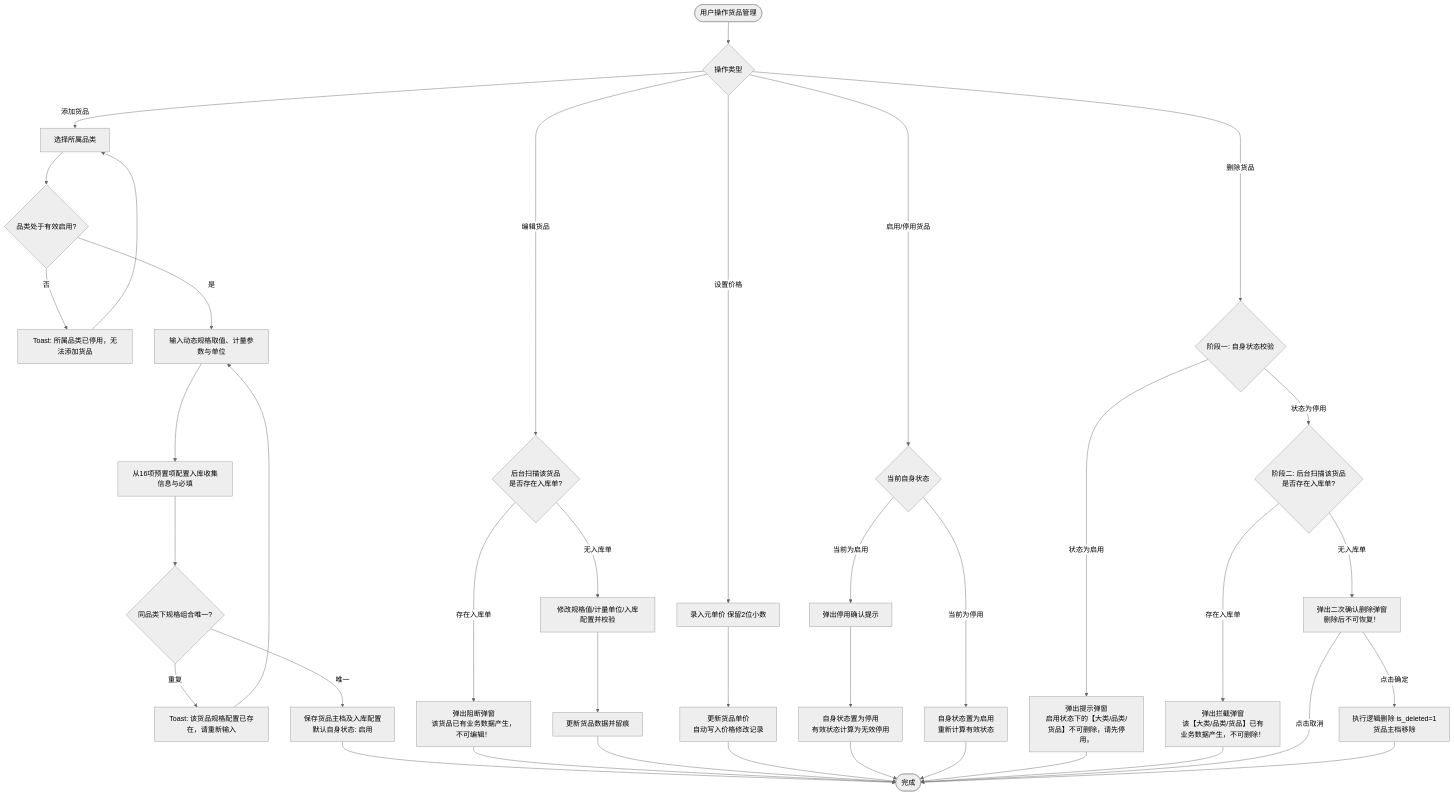
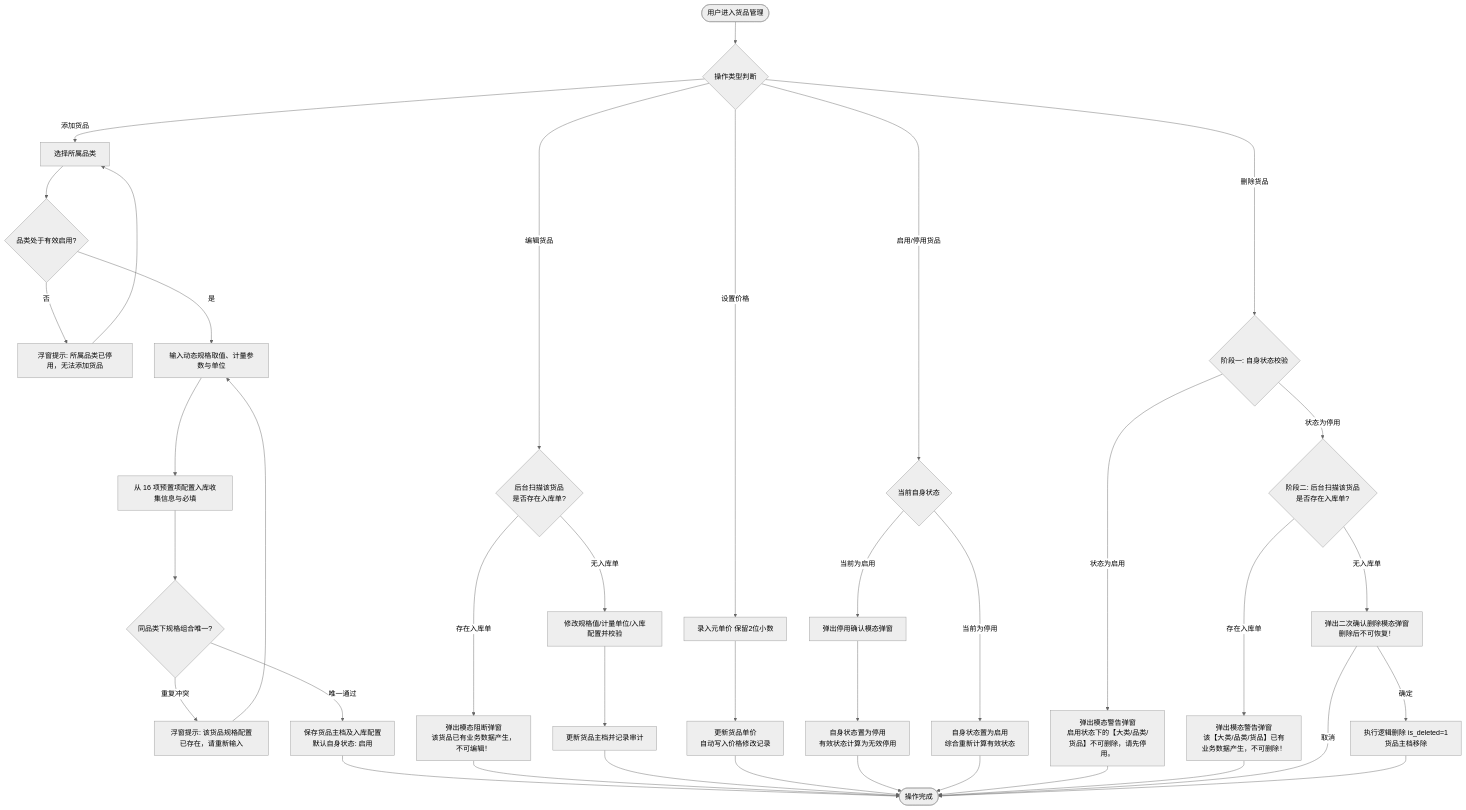
The first of 3 diagrams in 02-PRD文档/🌟🌟🌟-最新基准版/B端PC/08-配置管理/14-货品规格管理-货品管理/货品管理业务规则规格.md (RobertHuang999/SYZC), drawn with Mermaid (neutral theme) before and after one commit. The commit also changed other lines of this file and 264 other files, not shown here.

````diff
--- a/02-PRD文档/🌟🌟🌟-最新基准版/B端PC/08-配置管理/14-货品规格管理-货品管理/货品管理业务规则规格.md
+++ b/02-PRD文档/🌟🌟🌟-最新基准版/B端PC/08-配置管理/14-货品规格管理-货品管理/货品管理业务规则规格.md
@@ -109,39 +118,39 @@
 ```mermaid
 flowchart TD
-    Start([用户操作货品管理]) --> OpType{操作类型}
+    Start([用户进入货品管理]) --> OpType{操作类型判断}
 
     %% 1. 添加货品分支
     OpType -- 添加货品 --> SelectSubCat[选择所属品类]
     SelectSubCat --> CheckSubState{品类处于有效启用?}
-    CheckSubState -- 否 --> ToastErrSub[Toast: 所属品类已停用，无法添加货品] --> SelectSubCat
+    CheckSubState -- 否 --> ToastErrSub[浮窗提示: 所属品类已停用，无法添加货品] --> SelectSubCat
     CheckSubState -- 是 --> InputSKU[输入动态规格取值、计量参数与单位]
-    InputSKU --> ConfigInbound[从16项预置项配置入库收集信息与必填]
+    InputSKU --> ConfigInbound[从 16 项预置项配置入库收集信息与必填]
     ConfigInbound --> CheckSKUUnique{同品类下规格组合唯一?}
-    CheckSKUUnique -- 重复 --> ToastErrSKU[Toast: 该货品规格配置已存在，请重新输入] --> InputSKU
-    CheckSKUUnique -- 唯一 --> SaveSKU[保存货品主档及入库配置<br/>默认自身状态: 启用] --> End([完成])
+    CheckSKUUnique -- 重复冲突 --> ToastErrSKU[浮窗提示: 该货品规格配置已存在，请重新输入] --> InputSKU
+    CheckSKUUnique -- 唯一通过 --> SaveSKU[保存货品主档及入库配置<br/>默认自身状态: 启用] --> End([操作完成])
 
     %% 2. 编辑货品分支
     OpType -- 编辑货品 --> CheckInboundEdit{后台扫描该货品<br/>是否存在入库单?}
-    CheckInboundEdit -- 存在入库单 --> ModalBlockEdit[弹出阻断弹窗<br/>该货品已有业务数据产生，不可编辑！] --> End
+    CheckInboundEdit -- 存在入库单 --> ModalBlockEdit[弹出模态阻断弹窗<br/>该货品已有业务数据产生，不可编辑！] --> End
     CheckInboundEdit -- 无入库单 --> EditSKUData[修改规格值/计量单位/入库配置并校验]
-    EditSKUData --> SaveEdit[更新货品数据并留痕] --> End
+    EditSKUData --> SaveEdit[更新货品主档并记录审计] --> End
 
     %% 3. 设价分支
     OpType -- 设置价格 --> InputPrice[录入元单价 保留2位小数]
     InputPrice --> SavePrice[更新货品单价<br/>自动写入价格修改记录] --> End
 
     %% 4. 启停用货品分支
     OpType -- 启用/停用货品 --> StatusJudge{当前自身状态}
-    StatusJudge -- 当前为启用 --> ConfirmDisable[弹出停用确认提示]
+    StatusJudge -- 当前为启用 --> ConfirmDisable[弹出停用确认模态弹窗]
     ConfirmDisable --> DoDisable[自身状态置为停用<br/>有效状态计算为无效停用] --> End
-    StatusJudge -- 当前为停用 --> DoEnable[自身状态置为启用<br/>重新计算有效状态] --> End
+    StatusJudge -- 当前为停用 --> DoEnable[自身状态置为启用<br/>综合重新计算有效状态] --> End
 
     %% 5. 删除货品分支
     OpType -- 删除货品 --> Phase1{阶段一: 自身状态校验}
-    Phase1 -- 状态为启用 --> BlockEnableDel[弹出提示弹窗<br/>启用状态下的【大类/品类/货品】不可删除，请先停用。] --> End
+    Phase1 -- 状态为启用 --> BlockEnableDel[弹出模态警告弹窗<br/>启用状态下的【大类/品类/货品】不可删除，请先停用。] --> End
     Phase1 -- 状态为停用 --> Phase2{阶段二: 后台扫描该货品<br/>是否存在入库单?}
-    Phase2 -- 存在入库单 --> BlockInboundDel[弹出拦截弹窗<br/>该【大类/品类/货品】已有业务数据产生，不可删除！] --> End
-    Phase2 -- 无入库单 --> ConfirmDelModal[弹出二次确认删除弹窗<br/>删除后不可恢复！]
-    ConfirmDelModal -- 点击取消 --> End
-    ConfirmDelModal -- 点击确定 --> CascadeDel[执行逻辑删除 is_deleted=1<br/>货品主档移除] --> End
+    Phase2 -- 存在入库单 --> BlockInboundDel[弹出模态警告弹窗<br/>该【大类/品类/货品】已有业务数据产生，不可删除！] --> End
+    Phase2 -- 无入库单 --> ConfirmDelModal[弹出二次确认删除模态弹窗<br/>删除后不可恢复！]
+    ConfirmDelModal -- 取消 --> End
+    ConfirmDelModal -- 确定 --> CascadeDel[执行逻辑删除 is_deleted=1<br/>货品主档移除] --> End
 ```
````
